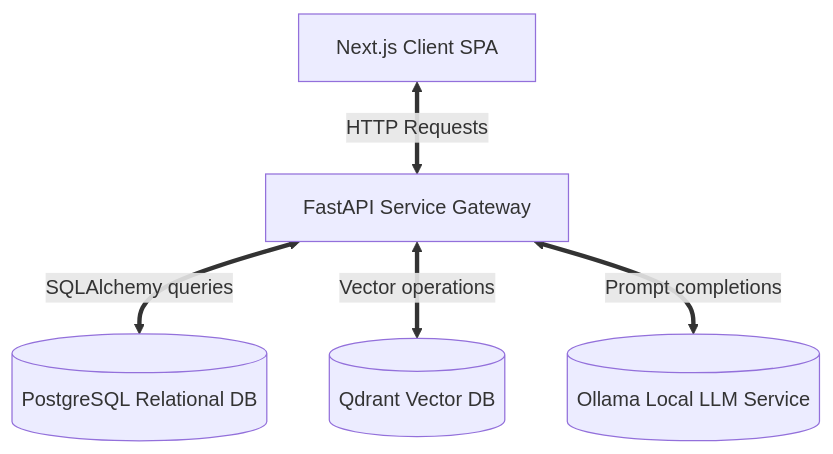
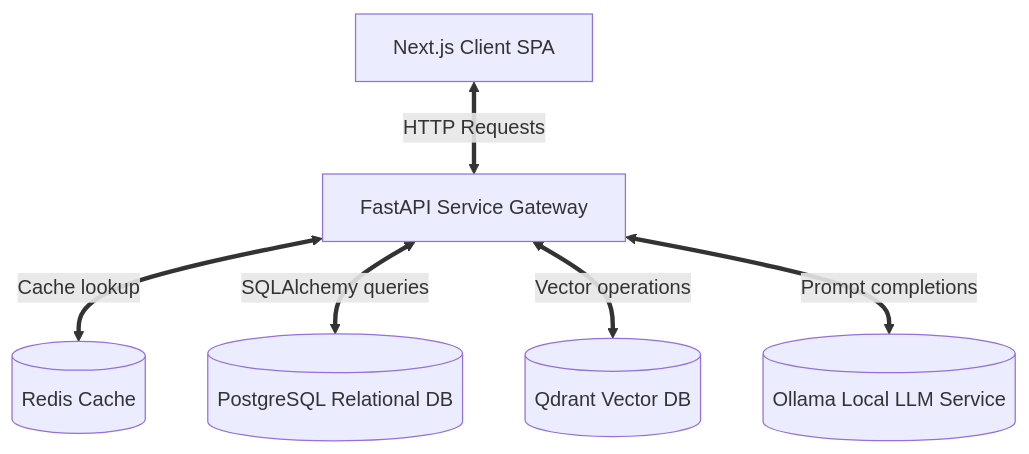
Before and after one commit to suryapratap04-jman/npc: the diagram in README.md, drawn with Mermaid. The commit also changed other lines of this file and 33 other files, not shown here.

````diff
--- a/README.md
+++ b/README.md
@@ -34,7 +35,8 @@
 ```mermaid
 graph TD
     frontend[Next.js Client SPA] <==>|HTTP Requests| backend[FastAPI Service Gateway]
+    backend <==>|Cache lookup| redis[(Redis Cache)]
     backend <==>|SQLAlchemy queries| db[(PostgreSQL Relational DB)]
     backend <==>|Vector operations| qdrant[(Qdrant Vector DB)]
     backend <==>|Prompt completions| ollama[(Ollama Local LLM Service)]
 ```
````
